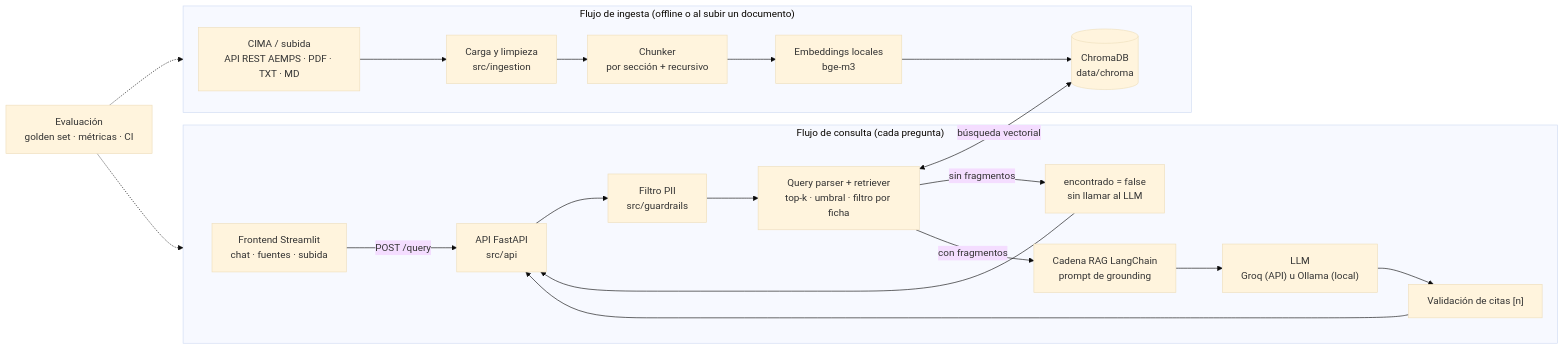
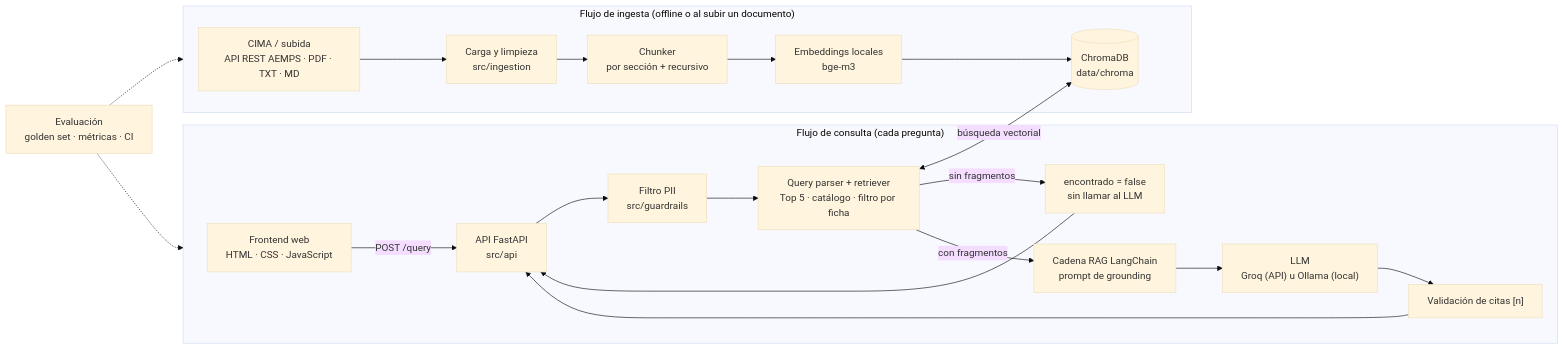
Before and after one commit to adrianaarang/FichaClara: the diagram in docs/arquitectura.md, drawn with Mermaid (base theme). The commit also changed other lines of this file and 3 other files, not shown here.

````diff
--- a/docs/arquitectura.md
+++ b/docs/arquitectura.md
@@ -11,25 +11,25 @@
 ```mermaid
 flowchart LR
     subgraph Ingesta["Flujo de ingesta (offline o al subir un documento)"]
         A["CIMA / subida<br/>API REST AEMPS · PDF · TXT · MD"] --> B["Carga y limpieza<br/>src/ingestion"]
         B --> C["Chunker<br/>por sección + recursivo"]
         C --> D["Embeddings locales<br/>bge-m3"]
         D --> E[("ChromaDB<br/>data/chroma")]
     end
 
     subgraph Consulta["Flujo de consulta (cada pregunta)"]
-        F["Frontend Streamlit<br/>chat · fuentes · subida"] -->|POST /query| G["API FastAPI<br/>src/api"]
+        F["Frontend web<br/>HTML · CSS · JavaScript"] -->|POST /query| G["API FastAPI<br/>src/api"]
         G --> H["Filtro PII<br/>src/guardrails"]
-        H --> I["Query parser + retriever<br/>top-k · umbral · filtro por ficha"]
+        H --> I["Query parser + retriever<br/>Top 5 · catálogo · filtro por ficha"]
         I <-->|búsqueda vectorial| E
         I -->|sin fragmentos| J["encontrado = false<br/>sin llamar al LLM"]
         I -->|con fragmentos| K["Cadena RAG LangChain<br/>prompt de grounding"]
         K --> L["LLM<br/>Groq (API) u Ollama (local)"]
         L --> M["Validación de citas [n]"]
         M --> G
         J --> G
     end
 
     N["Evaluación<br/>golden set · métricas · CI"] -.-> Ingesta
     N -.-> Consulta
 ```
````
